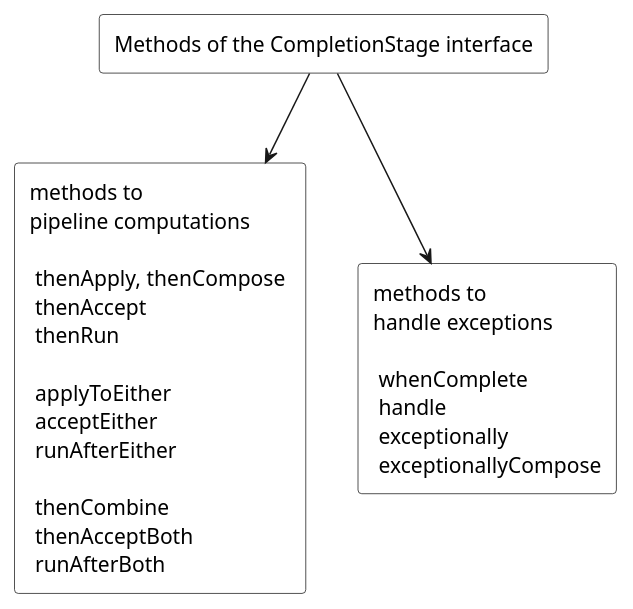
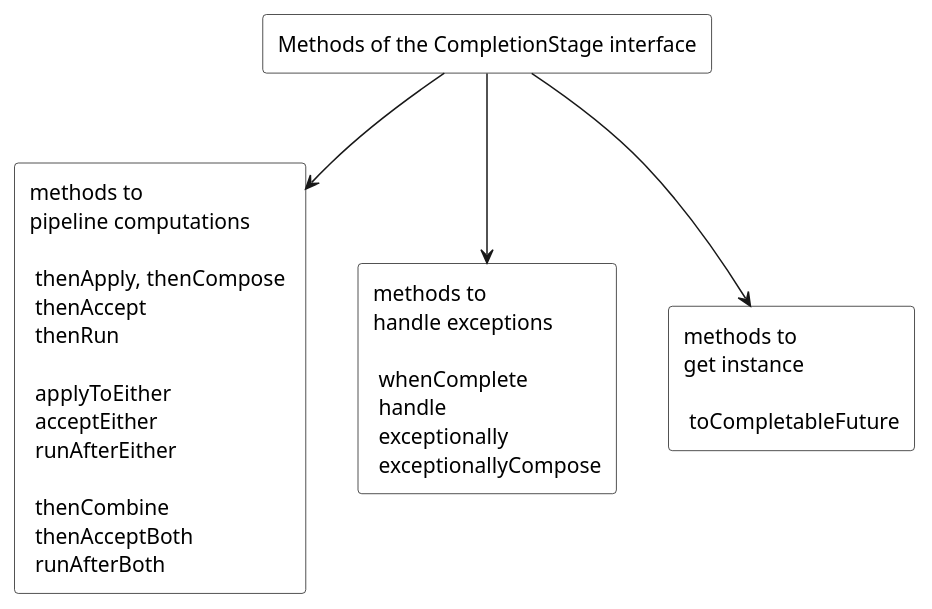
The diagram in images/methods of CompletionStage.puml (ti-cortex-m4/demo-java-completablefuture), drawn with PlantUML before and after one commit. The commit also changed 1 other file, not shown here.

```diff
--- a/images/methods of CompletionStage.puml
+++ b/images/methods of CompletionStage.puml
@@ -1,14 +1,16 @@
 @startuml
 
 scale 1.0
 skinparam monochrome true
 skinparam RectangleBackgroundColor white
 
 rectangle "Methods of the CompletionStage interface" as Methods
 rectangle "methods to\npipeline computations \n  \n thenApply, thenCompose \n thenAccept \n thenRun \n\n applyToEither \n acceptEither \n runAfterEither \n\n thenCombine \n thenAcceptBoth \n runAfterBoth" as Pipelining
 rectangle "methods to\nhandle exceptions \n  \n whenComplete \n handle \n exceptionally \n exceptionallyCompose" as ExceptionHandling
+rectangle "methods to\nget instance \n  \n toCompletableFuture" as Instance
 
 Methods --> ExceptionHandling
 Methods --> Pipelining
+Methods --> Instance
 
 @enduml
```
